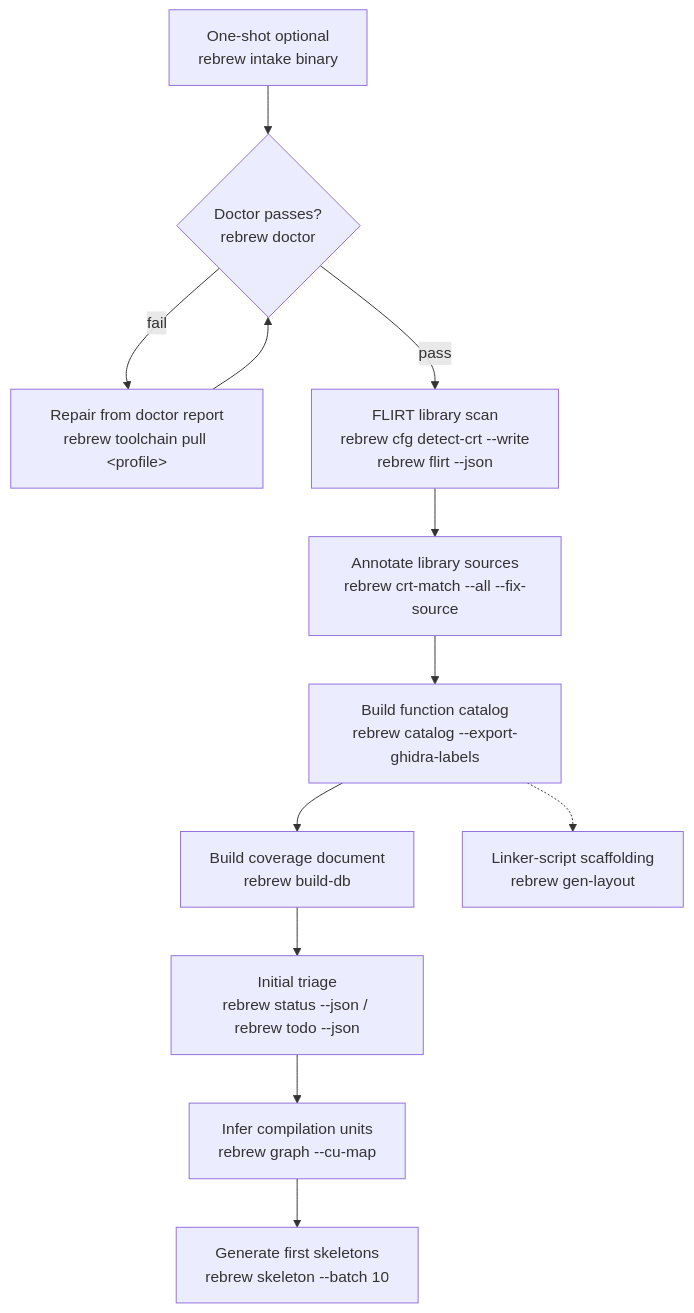
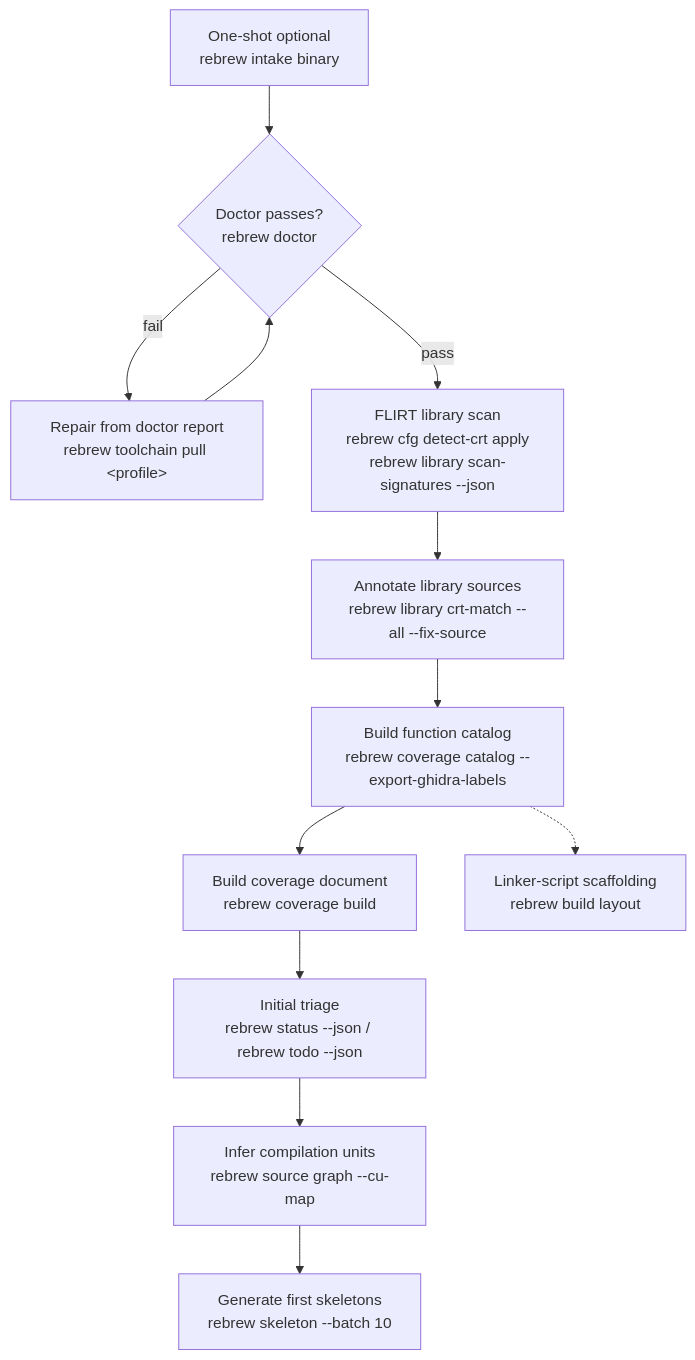
Before and after one commit to maci0/rebrew: the diagram in .agents/skills/rebrew-intake/SKILL.md, drawn with Mermaid. The commit also changed other lines of this file and 390 other files, not shown here.

Commit message:
Integrate Rebrew source, library, and CLI workflow fixes

````diff
--- a/.agents/skills/rebrew-intake/SKILL.md
+++ b/.agents/skills/rebrew-intake/SKILL.md
@@ -10,14 +10,14 @@
 ```mermaid
 graph TD
     OneShot[One-shot optional<br/>rebrew intake binary] --> Doctor
     Doctor{Doctor passes?<br/>rebrew doctor} -->|fail| Fix[Repair from doctor report<br/>rebrew toolchain pull &lt;profile&gt;]
     Fix --> Doctor
-    Doctor -->|pass| Flirt[FLIRT library scan<br/>rebrew cfg detect-crt --write<br/>rebrew flirt --json]
-    Flirt --> CrtMatch[Annotate library sources<br/>rebrew crt-match --all --fix-source]
-    CrtMatch --> Catalog[Build function catalog<br/>rebrew catalog --export-ghidra-labels]
-    Catalog --> BuildDb[Build coverage document<br/>rebrew build-db]
+    Doctor -->|pass| Flirt[FLIRT library scan<br/>rebrew cfg detect-crt apply<br/>rebrew library scan-signatures --json]
+    Flirt --> CrtMatch[Annotate library sources<br/>rebrew library crt-match --all --fix-source]
+    CrtMatch --> Catalog[Build function catalog<br/>rebrew coverage catalog --export-ghidra-labels]
+    Catalog --> BuildDb[Build coverage document<br/>rebrew coverage build]
     BuildDb --> Triage[Initial triage<br/>rebrew status --json / rebrew todo --json]
-    Triage --> CuMap[Infer compilation units<br/>rebrew graph --cu-map]
+    Triage --> CuMap[Infer compilation units<br/>rebrew source graph --cu-map]
     CuMap --> Skeleton[Generate first skeletons<br/>rebrew skeleton --batch 10]
-    Catalog -.-> Layout[Linker-script scaffolding<br/>rebrew gen-layout]
+    Catalog -.-> Layout[Linker-script scaffolding<br/>rebrew build layout]
 ```
````
